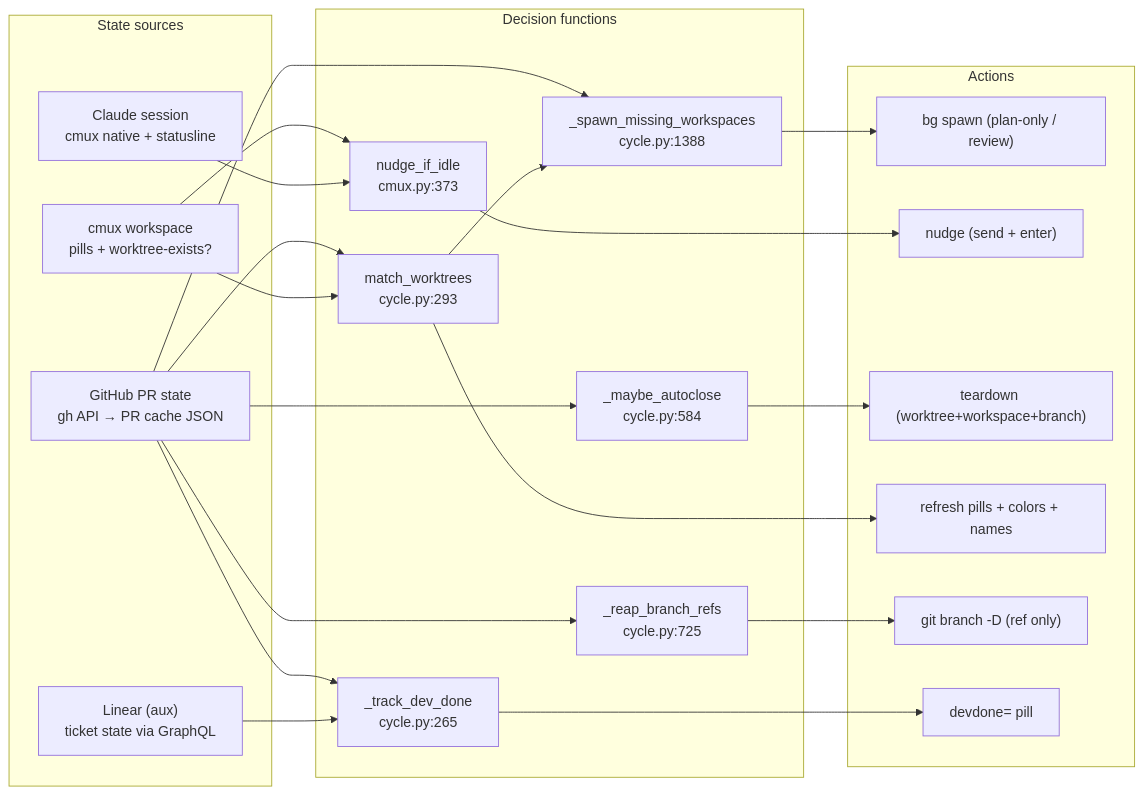
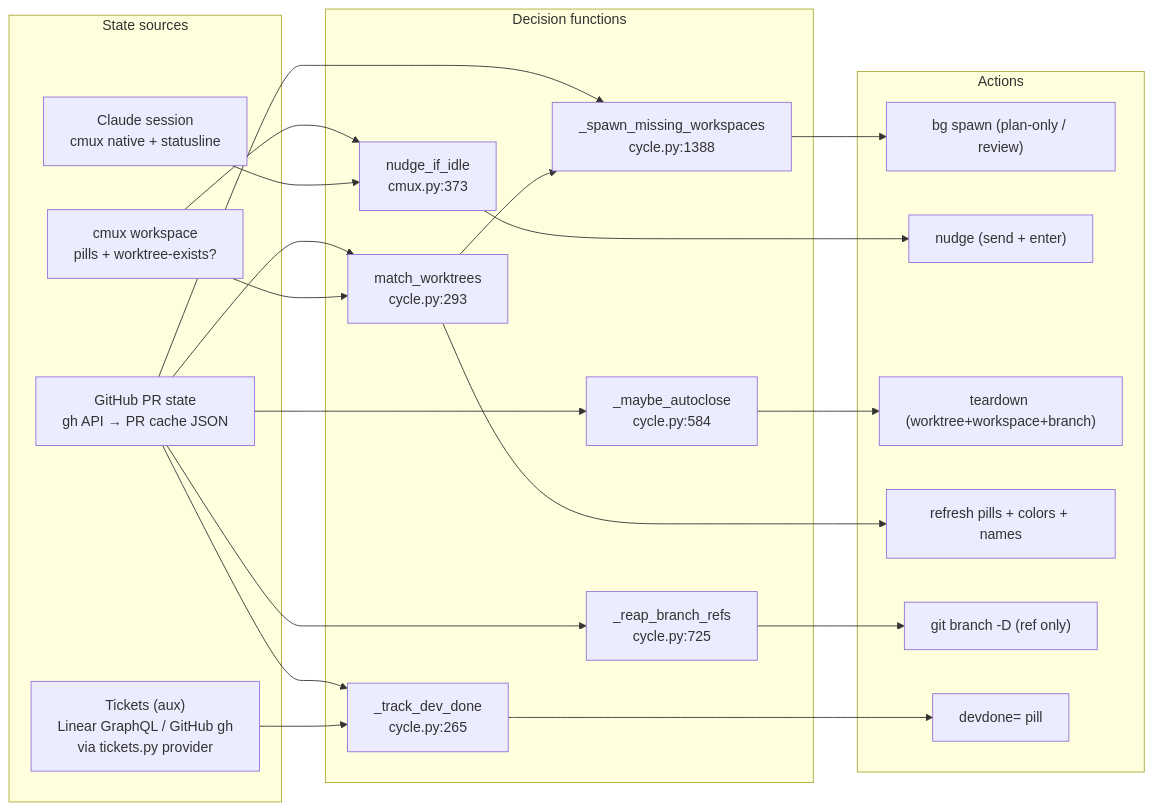
The first of 5 diagrams in docs/state-machine.md (khivi/cockpit), drawn with Mermaid before and after one commit. The commit also changed other lines of this file and 18 other files, not shown here.

First line of the commit message:
feat(tickets): GitHub-issue provider + tickets config object (replaces use_linear) (#201)

````diff
--- a/docs/state-machine.md
+++ b/docs/state-machine.md
@@ -26,41 +26,41 @@
 ```mermaid
 flowchart LR
   subgraph SRC["State sources"]
     GH["GitHub PR state<br/>gh API → PR cache JSON"]
     CL["Claude session<br/>cmux native + statusline"]
     CM["cmux workspace<br/>pills + worktree-exists?"]
-    LIN["Linear (aux)<br/>ticket state via GraphQL"]
+    LIN["Tickets (aux)<br/>Linear GraphQL / GitHub gh<br/>via tickets.py provider"]
   end
 
   subgraph DEC["Decision functions"]
     MW["match_worktrees<br/>cycle.py:293"]
     SM["_spawn_missing_workspaces<br/>cycle.py:1388"]
     NI["nudge_if_idle<br/>cmux.py:373"]
     DD["_track_dev_done<br/>cycle.py:265"]
     AC["_maybe_autoclose<br/>cycle.py:584"]
     BR["_reap_branch_refs<br/>cycle.py:725"]
   end
 
   subgraph ACT["Actions"]
     A1["bg spawn (plan-only / review)"]
     A2["nudge (send + enter)"]
     A4["teardown (worktree+workspace+branch)"]
     A5["refresh pills + colors + names"]
     A6["git branch -D (ref only)"]
     A7["devdone= pill"]
   end
 
   GH --> MW & SM & AC & BR
   GH --> DD
   CM --> MW & NI
   CL --> NI
   LIN --> DD
 
   MW --> SM
   SM --> A1
   NI --> A2
   AC --> A4
   MW --> A5
   BR --> A6
   DD --> A7
 ```
````
